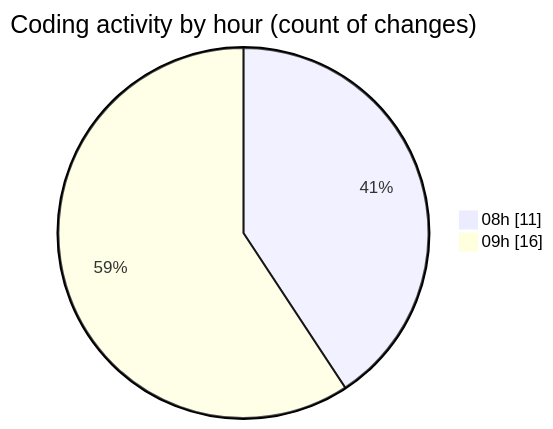
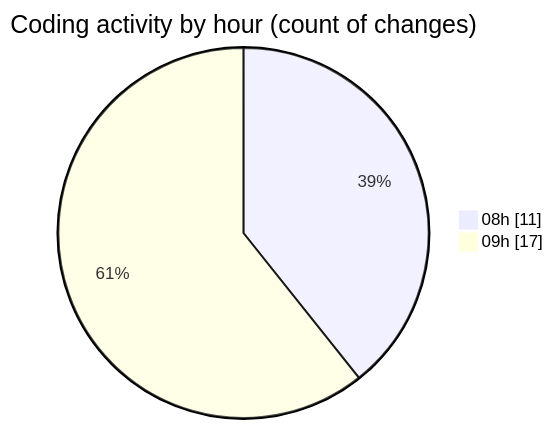
Before and after one commit to momahboobian/code-tracking: the second of 2 diagrams in 2026-09-11/cda/README.md, drawn with Mermaid. The commit also changed other lines of this file and 1 other file, not shown here.

````diff
--- a/2026-09-11/cda/README.md
+++ b/2026-09-11/cda/README.md
@@ -45,6 +47,6 @@
 ```mermaid
 pie showData
 title Coding activity by hour (count of changes)
 "08h" : 11
-"09h" : 16
+"09h" : 17
 ```
````
